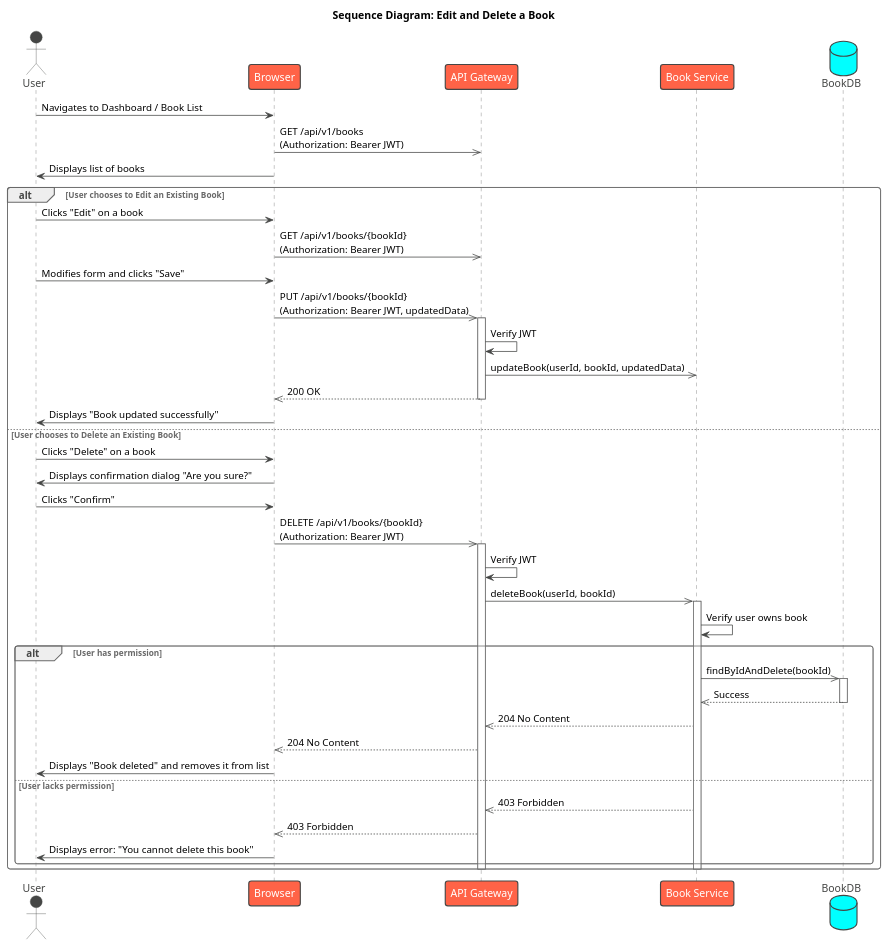
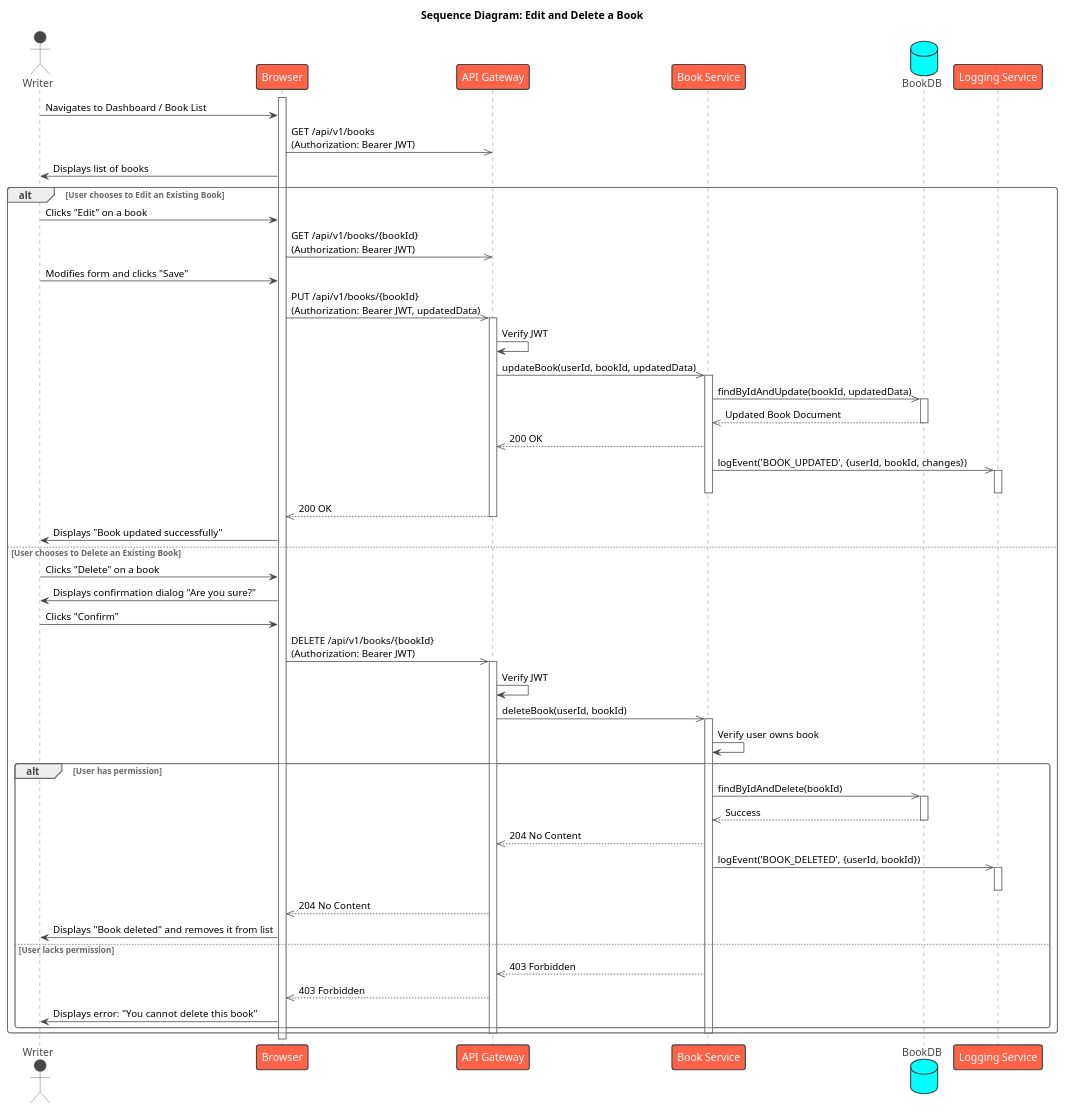
One commit to Arado3333/PageByPage_Israel_Arad changed the diagram in UML/Sequences/Writer/EditDeleteBook.puml. Above: the diagram before and after it, drawn with PlantUML. The commit also changed 17 other files, not shown here.

Commit message:
updated diagrams

```diff
--- a/UML/Sequences/Writer/EditDeleteBook.puml
+++ b/UML/Sequences/Writer/EditDeleteBook.puml
@@ -1,62 +1,85 @@
 @startuml
 !theme vibrant
 
 title Sequence Diagram: Edit and Delete a Book
 
-actor "User"
-participant "Browser"
+actor "Writer" as User
+participant "Browser" as Browser
 participant "API Gateway" as Gateway
 participant "Book Service" as BookService
-database "BookDB"
+database "BookDB" as BookDB
+participant "Logging Service" as LoggingService
 
+activate Browser
 User -> Browser : Navigates to Dashboard / Book List
 Browser ->> Gateway : GET /api/v1/books\n(Authorization: Bearer JWT)
 ' ... book list is fetched from the server and displayed ...
 Browser -> User : Displays list of books
 
 alt User chooses to Edit an Existing Book
 
     User -> Browser : Clicks "Edit" on a book
     Browser ->> Gateway : GET /api/v1/books/{bookId}\n(Authorization: Bearer JWT)
     ' ... data fetching happens, then form is displayed ...
     User -> Browser : Modifies form and clicks "Save"
     Browser ->> Gateway : PUT /api/v1/books/{bookId}\n(Authorization: Bearer JWT, updatedData)
     activate Gateway
     Gateway -> Gateway : Verify JWT
     Gateway ->> BookService : updateBook(userId, bookId, updatedData)
+    activate BookService
     ' ... similar validation and DB update flow as creation ...
+    
+    BookService ->> BookDB : findByIdAndUpdate(bookId, updatedData)
+    activate BookDB
+    BookDB -->> BookService : Updated Book Document
+    deactivate BookDB
+    
+    BookService -->> Gateway : 200 OK
+    
+    ' Asynchronous Logging
+    BookService ->> LoggingService : logEvent('BOOK_UPDATED', {userId, bookId, changes})
+    activate LoggingService
+    deactivate LoggingService
+
+    deactivate BookService
     Gateway -->> Browser : 200 OK
     deactivate Gateway
     Browser -> User : Displays "Book updated successfully"
 
 else User chooses to Delete an Existing Book
 
     User -> Browser : Clicks "Delete" on a book
     Browser -> User : Displays confirmation dialog "Are you sure?"
     User -> Browser : Clicks "Confirm"
     Browser ->> Gateway : DELETE /api/v1/books/{bookId}\n(Authorization: Bearer JWT)
     activate Gateway
     Gateway -> Gateway : Verify JWT
     Gateway ->> BookService : deleteBook(userId, bookId)
     activate BookService
 
     BookService -> BookService : Verify user owns book
     alt User has permission
         BookService ->> BookDB : findByIdAndDelete(bookId)
         activate BookDB
         BookDB -->> BookService : Success
         deactivate BookDB
         BookService -->> Gateway : 204 No Content
+        
+        ' Asynchronous Logging
+        BookService ->> LoggingService : logEvent('BOOK_DELETED', {userId, bookId})
+        activate LoggingService
+        deactivate LoggingService
+
         Gateway -->> Browser : 204 No Content
         Browser -> User : Displays "Book deleted" and removes it from list
     else User lacks permission
         BookService -->> Gateway : 403 Forbidden
         Gateway -->> Browser : 403 Forbidden
         Browser -> User : Displays error: "You cannot delete this book"
     end
     deactivate BookService
     deactivate Gateway
 
 end
 
 @enduml
```
